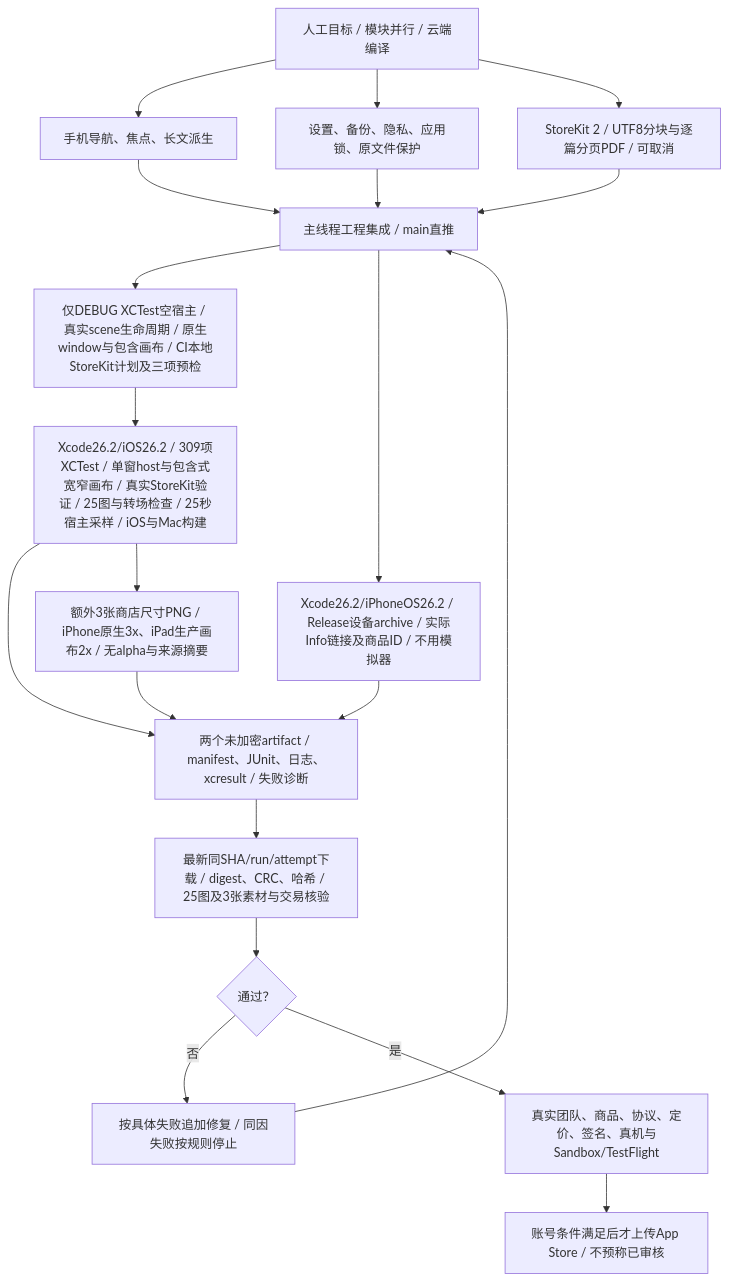
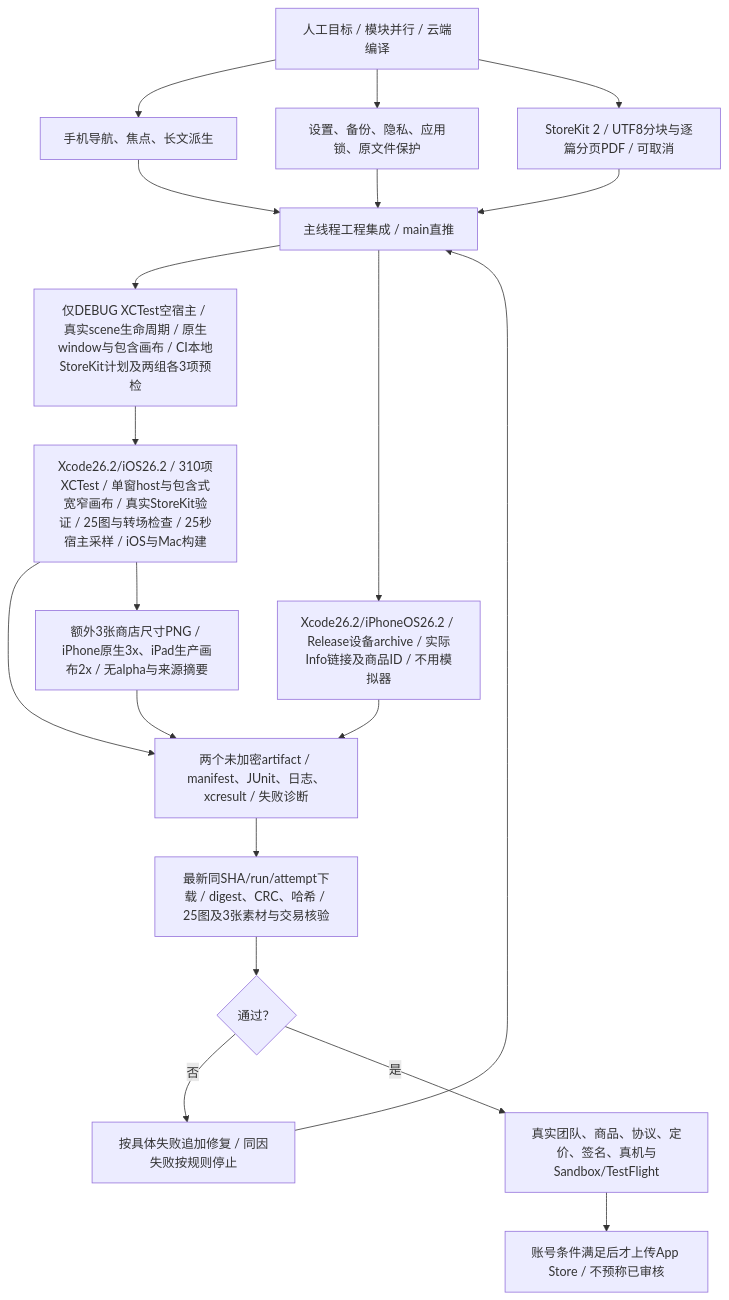
One commit to Altman-sam114/117 changed the fourth of 4 diagrams in md/flow/flowchart.md. Above: the diagram before and after it, drawn with Mermaid. The commit also changed other lines of this file and 9 other files, not shown here.

````diff
--- a/md/flow/flowchart.md
+++ b/md/flow/flowchart.md
@@ -71,22 +71,22 @@
 ```mermaid
 flowchart TD
   User["人工目标 / 模块并行 / 云端编译"] --> Mobile["手机导航、焦点、长文派生"]
   User --> Safety["设置、备份、隐私、应用锁、原文件保护"]
   User --> Pro["StoreKit 2 / UTF8分块与逐篇分页PDF / 可取消"]
   Mobile --> Integrate["主线程工程集成 / main直推"]
   Safety --> Integrate
   Pro --> Integrate
-  Integrate --> TestHost["仅DEBUG XCTest空宿主 / 真实scene生命周期 / 原生window与包含画布 / CI本地StoreKit计划及三项预检"]
-  TestHost --> Regression["Xcode26.2/iOS26.2 / 309项XCTest / 单窗host与包含式宽窄画布 / 真实StoreKit验证 / 25图与转场检查 / 25秒宿主采样 / iOS与Mac构建"]
+  Integrate --> TestHost["仅DEBUG XCTest空宿主 / 真实scene生命周期 / 原生window与包含画布 / CI本地StoreKit计划及两组各3项预检"]
+  TestHost --> Regression["Xcode26.2/iOS26.2 / 310项XCTest / 单窗host与包含式宽窄画布 / 真实StoreKit验证 / 25图与转场检查 / 25秒宿主采样 / iOS与Mac构建"]
   Integrate --> Archive["Xcode26.2/iPhoneOS26.2 / Release设备archive / 实际Info链接及商品ID / 不用模拟器"]
   Regression --> Results["两个未加密artifact / manifest、JUnit、日志、xcresult / 失败诊断"]
   Archive --> Results
   Regression --> StoreImages["额外3张商店尺寸PNG / iPhone原生3x、iPad生产画布2x / 无alpha与来源摘要"]
   StoreImages --> Results
   Results --> Review["最新同SHA/run/attempt下载 / digest、CRC、哈希 / 25图及3张素材与交易核验"]
   Review --> Gate{"通过？"}
   Gate -- "否" --> Fix["按具体失败追加修复 / 同因失败按规则停止"]
   Fix --> Integrate
   Gate -- "是" --> Account["真实团队、商品、协议、定价、签名、真机与Sandbox/TestFlight"]
   Account --> Upload["账号条件满足后才上传App Store / 不预称已审核"]
 ```
````
